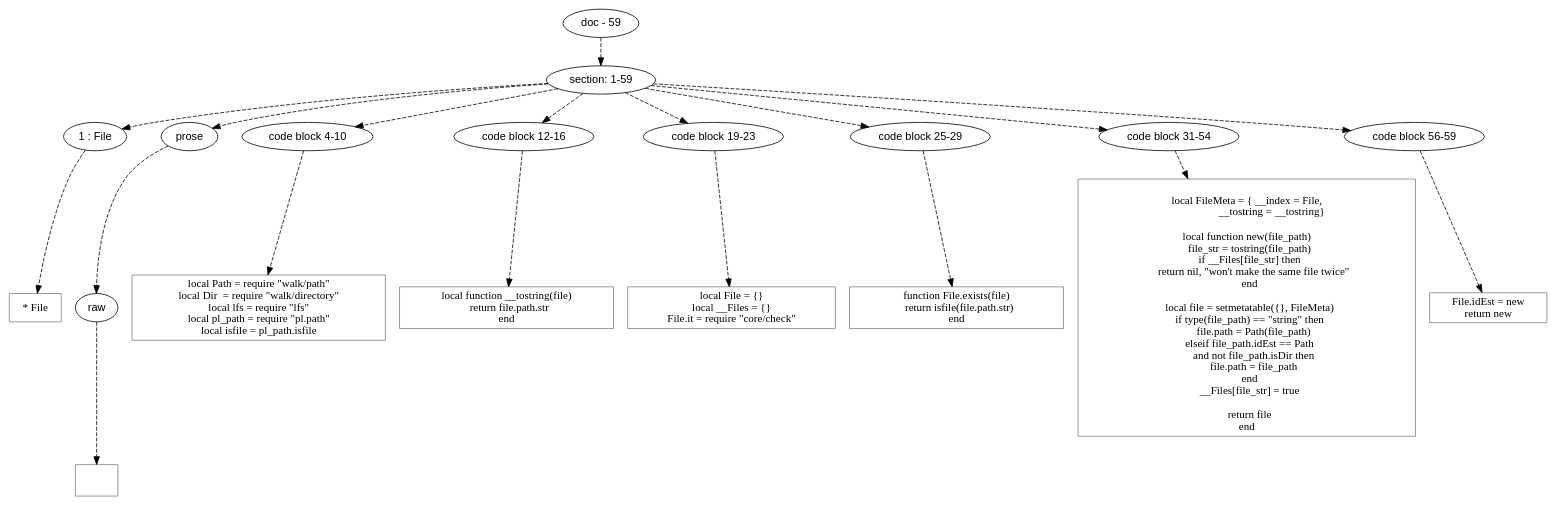
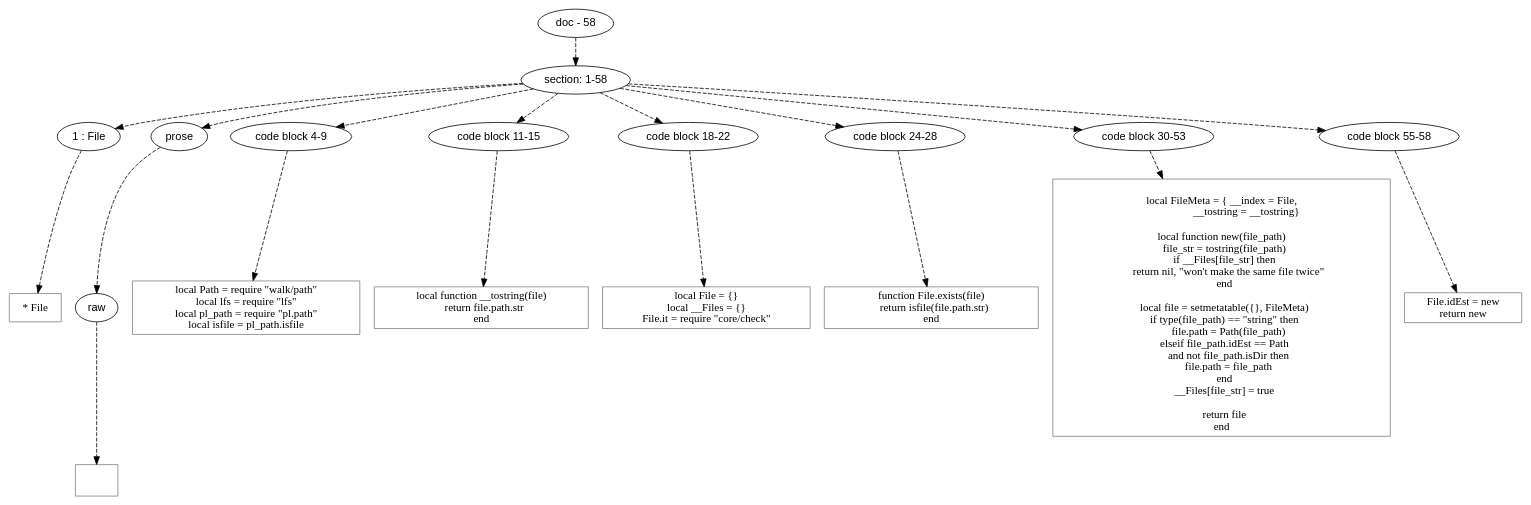
One commit to mnemnion/orb changed the diagram in doc/dot/walk/file.dot. Above: the diagram before and after it, drawn with Graphviz. The commit also changed 19 other files, not shown here.

```diff
--- a/doc/dot/walk/file.dot
+++ b/doc/dot/walk/file.dot
@@ -1,114 +1,113 @@
 digraph lpegNode {
 
 node [fontname=Helvetica]
 edge [style=dashed]
 
-doc_0 [label="doc - 59"]
+doc_0 [label="doc - 58"]
 
 
 doc_0 -> { section_1}
 {rank=same; section_1}
 
-section_1 [label="section: 1-59"]
+section_1 [label="section: 1-58"]
 
 
 // END RANK doc_0
 
 section_1 -> { header_2 prose_3 codeblock_4 codeblock_5 codeblock_6 codeblock_7 codeblock_8 codeblock_9}
 {rank=same; header_2 prose_3 codeblock_4 codeblock_5 codeblock_6 codeblock_7 codeblock_8 codeblock_9}
 
 header_2 [label="1 : File"]
 
 prose_3 [label="prose"]
 
-codeblock_4 [label="code block 4-10"]
+codeblock_4 [label="code block 4-9"]
 
-codeblock_5 [label="code block 12-16"]
+codeblock_5 [label="code block 11-15"]
 
-codeblock_6 [label="code block 19-23"]
+codeblock_6 [label="code block 18-22"]
 
-codeblock_7 [label="code block 25-29"]
+codeblock_7 [label="code block 24-28"]
 
-codeblock_8 [label="code block 31-54"]
+codeblock_8 [label="code block 30-53"]
 
-codeblock_9 [label="code block 56-59"]
+codeblock_9 [label="code block 55-58"]
 
 
 // END RANK section_1
 
 header_2 -> leaf_10
 leaf_10  [color=Gray,shape=rectangle,fontname=Inconsolata,label="* File"]
 // END RANK header_2
 
 prose_3 -> { raw_11}
 {rank=same; raw_11}
 
 raw_11 [label="raw"]
 
 
 // END RANK prose_3
 
 raw_11 -> leaf_12
 leaf_12  [color=Gray,shape=rectangle,fontname=Inconsolata,label="
 
 "]
 // END RANK raw_11
 
 codeblock_4 -> leaf_13
 leaf_13  [color=Gray,shape=rectangle,fontname=Inconsolata,label="local Path = require \"walk/path\"
-local Dir  = require \"walk/directory\"
 local lfs = require \"lfs\"
 local pl_path = require \"pl.path\"
 local isfile = pl_path.isfile"]
 // END RANK codeblock_4
 
 codeblock_5 -> leaf_14
 leaf_14  [color=Gray,shape=rectangle,fontname=Inconsolata,label="local function __tostring(file)
    return file.path.str
 end"]
 // END RANK codeblock_5
 
 codeblock_6 -> leaf_15
 leaf_15  [color=Gray,shape=rectangle,fontname=Inconsolata,label="local File = {}
 local __Files = {}
 File.it = require \"core/check\""]
 // END RANK codeblock_6
 
 codeblock_7 -> leaf_16
 leaf_16  [color=Gray,shape=rectangle,fontname=Inconsolata,label="function File.exists(file)
    return isfile(file.path.str)
 end"]
 // END RANK codeblock_7
 
 codeblock_8 -> leaf_17
 leaf_17  [color=Gray,shape=rectangle,fontname=Inconsolata,label="
 local FileMeta = { __index = File,
                    __tostring = __tostring}
 
 local function new(file_path)
    file_str = tostring(file_path)
    if __Files[file_str] then
       return nil, \"won't make the same file twice\"
    end
 
    local file = setmetatable({}, FileMeta)
    if type(file_path) == \"string\" then
       file.path = Path(file_path)
    elseif file_path.idEst == Path
       and not file_path.isDir then
       file.path = file_path
    end
    __Files[file_str] = true
 
    return file
 end
 "]
 // END RANK codeblock_8
 
 codeblock_9 -> leaf_18
 leaf_18  [color=Gray,shape=rectangle,fontname=Inconsolata,label="File.idEst = new
 return new"]
 // END RANK codeblock_9
 
 
 }
```
